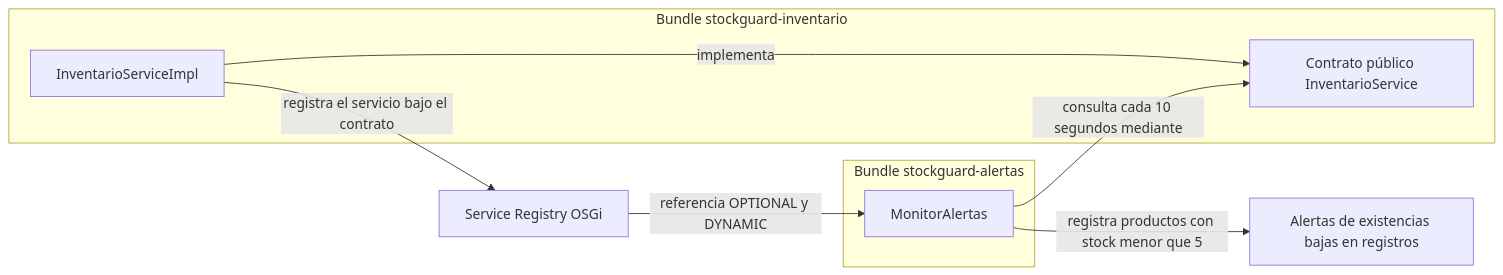
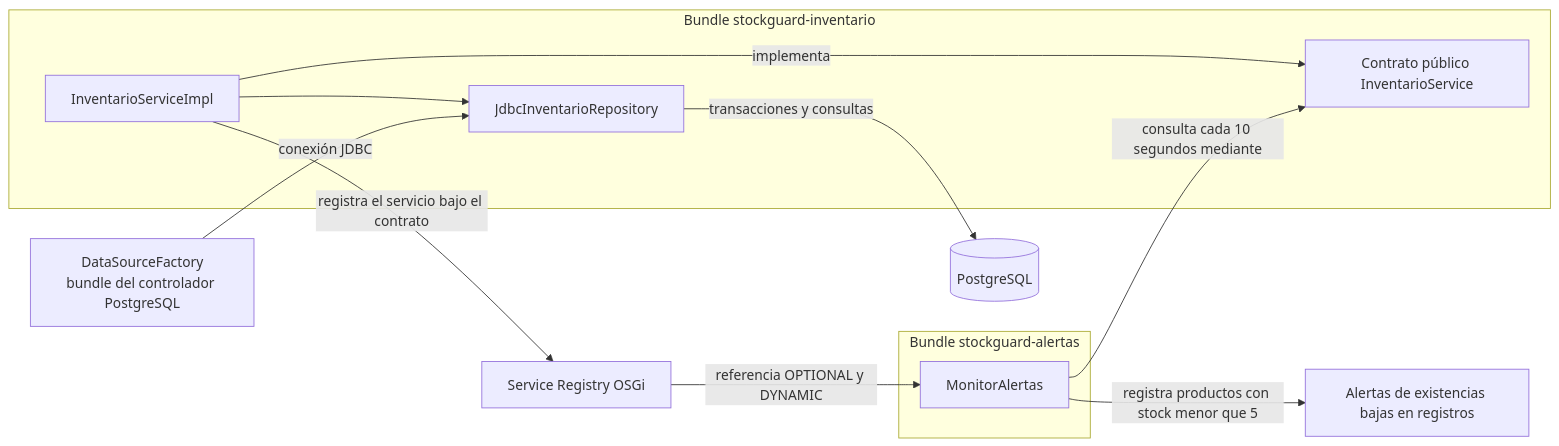
The diagram in README.md (Juliomm8/StockGuard), drawn with Mermaid before and after one commit. The commit also changed other lines of this file and 12 other files, not shown here.

Commit message:
feat(persistencia): integrar PostgreSQL con el inventario

````diff
--- a/README.md
+++ b/README.md
@@ -35,19 +35,25 @@
 ```mermaid
 flowchart LR
     subgraph INV[Bundle stockguard-inventario]
         IMPL[InventarioServiceImpl]
         API[Contrato público InventarioService]
         IMPL -->|implementa| API
+        REPO[JdbcInventarioRepository]
+        IMPL --> REPO
     end
 
     REG[Service Registry OSGi]
+    JDBC[DataSourceFactory<br/>bundle del controlador PostgreSQL]
+    DB[(PostgreSQL)]
     subgraph ALT[Bundle stockguard-alertas]
         MON[MonitorAlertas]
     end
     ALERTA[Alertas de existencias bajas en registros]
 
     IMPL -->|registra el servicio bajo el contrato| REG
     REG -->|referencia OPTIONAL y DYNAMIC| MON
     MON -->|consulta cada 10 segundos mediante| API
     MON -->|registra productos con stock menor que 5| ALERTA
+    JDBC -->|conexión JDBC| REPO
+    REPO -->|transacciones y consultas| DB
 ```
````
